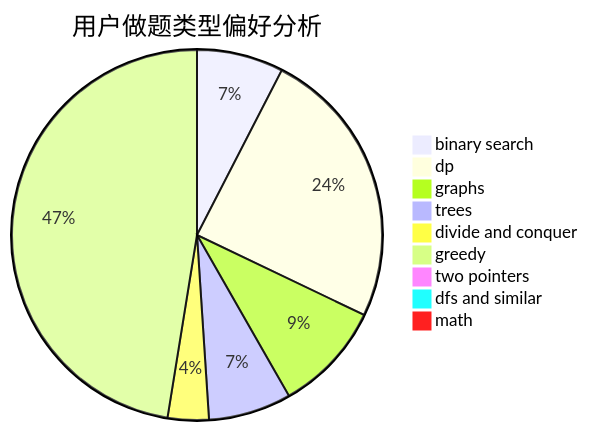
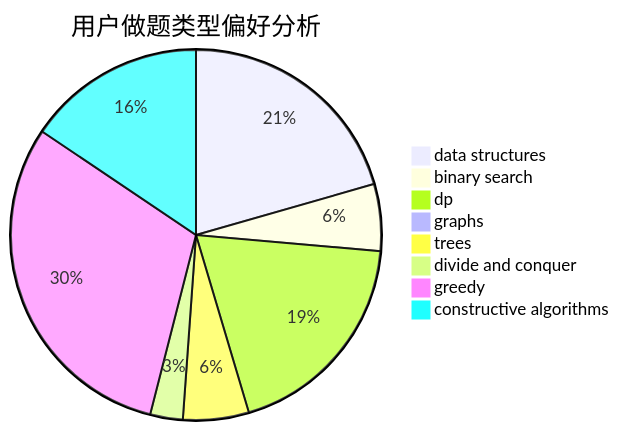
The second of 3 diagrams in docs/user/u304.md (sherpahu/cfrs.github.io), drawn with Mermaid before and after one commit. The commit also changed other lines of this file and 2775 other files, not shown here.

````diff
--- a/docs/user/u304.md
+++ b/docs/user/u304.md
@@ -23,12 +23,11 @@
 ```mermaid
 pie title 用户做题类型偏好分析
-    "binary search" :  135
-    "dp" :  438
-    "graphs" :  172
+    "data structures" :  462
+    "binary search" :  131
+    "dp" :  427
+    "graphs" :  4
     "trees" :  129
     "divide and conquer" :  64
-    "greedy" :  847
-    "two pointers" :  3
-    "dfs and similar" :  13
-    "math" :  13
+    "greedy" :  684
+    "constructive algorithms" :  350
 ```
````
